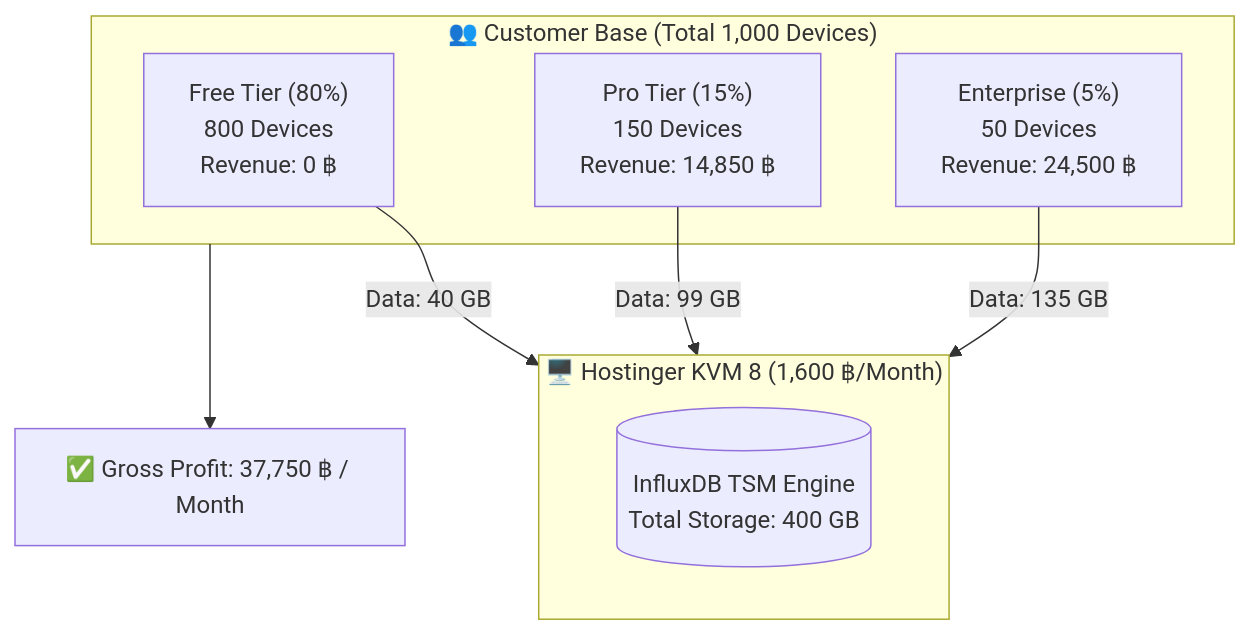
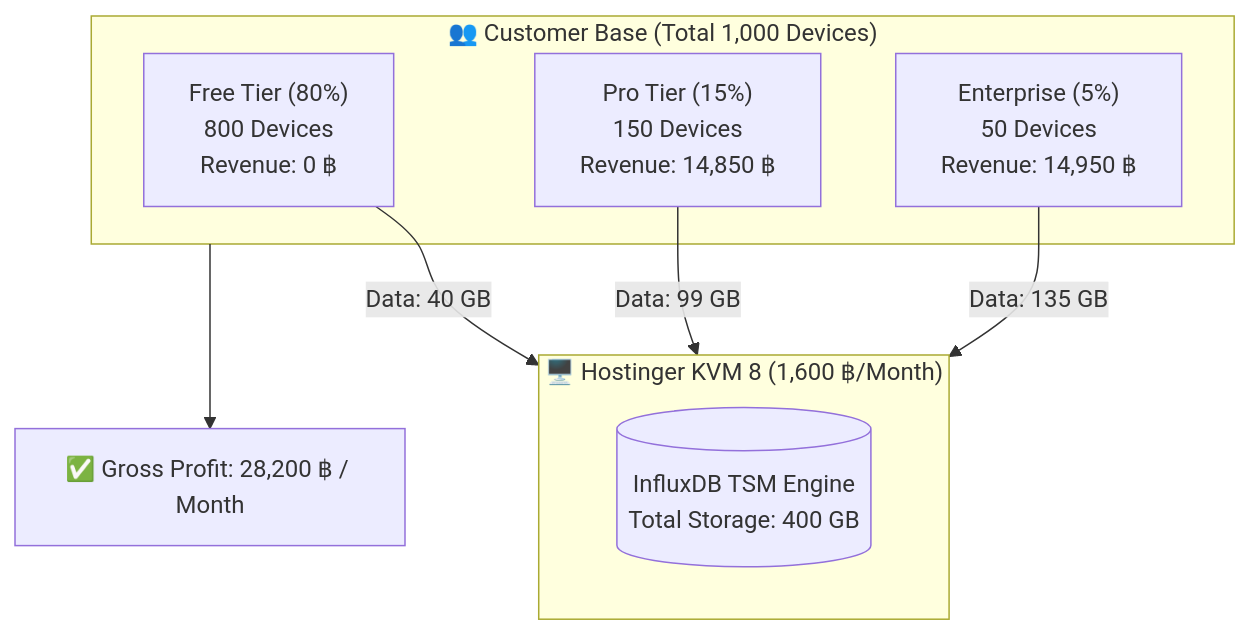
One commit to u65042380107/share changed diagram 15 of 30 in BILLING_AND_TIERS_SYSTEM.md. Above: the diagram before and after it, drawn with Mermaid. The commit also changed other lines of this file, not shown here.

````diff
--- a/BILLING_AND_TIERS_SYSTEM.md
+++ b/BILLING_AND_TIERS_SYSTEM.md
@@ -912,20 +912,20 @@
 ```mermaid
 flowchart TD
     subgraph VPS ["🖥️ Hostinger KVM 8 (1,600 ฿/Month)"]
         direction LR
         DB[("InfluxDB TSM Engine<br/>Total Storage: 400 GB")]
     end
     
     subgraph Users ["👥 Customer Base (Total 1,000 Devices)"]
         U_Free["Free Tier (80%)<br/>800 Devices<br/>Revenue: 0 ฿"]
         U_Pro["Pro Tier (15%)<br/>150 Devices<br/>Revenue: 14,850 ฿"]
-        U_Ent["Enterprise (5%)<br/>50 Devices<br/>Revenue: 24,500 ฿"]
+        U_Ent["Enterprise (5%)<br/>50 Devices<br/>Revenue: 14,950 ฿"]
     end
     
     U_Free -- "Data: 40 GB" --> DB
     U_Pro -- "Data: 99 GB" --> DB
     U_Ent -- "Data: 135 GB" --> DB
     
-    Profit["✅ Gross Profit: 37,750 ฿ / Month"]
+    Profit["✅ Gross Profit: 28,200 ฿ / Month"]
     Users --> Profit
 ```
````
